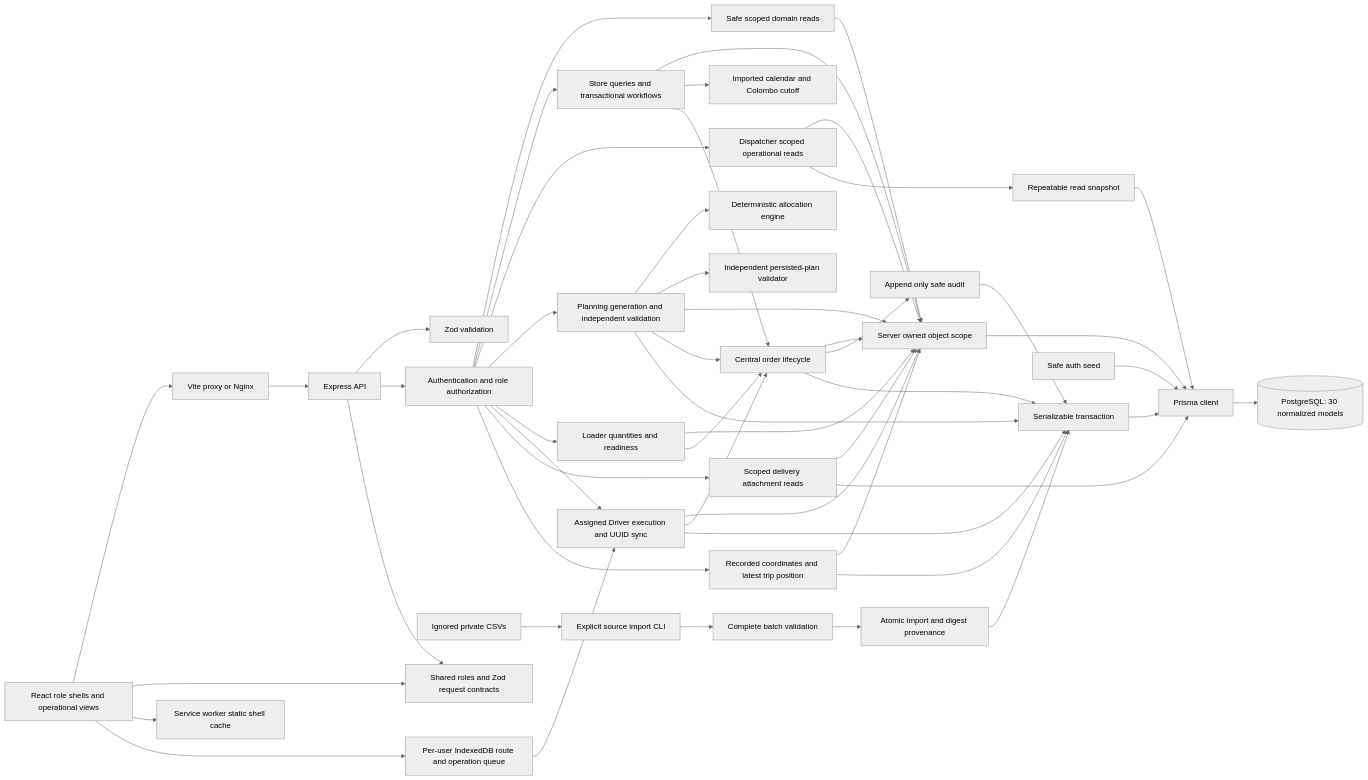
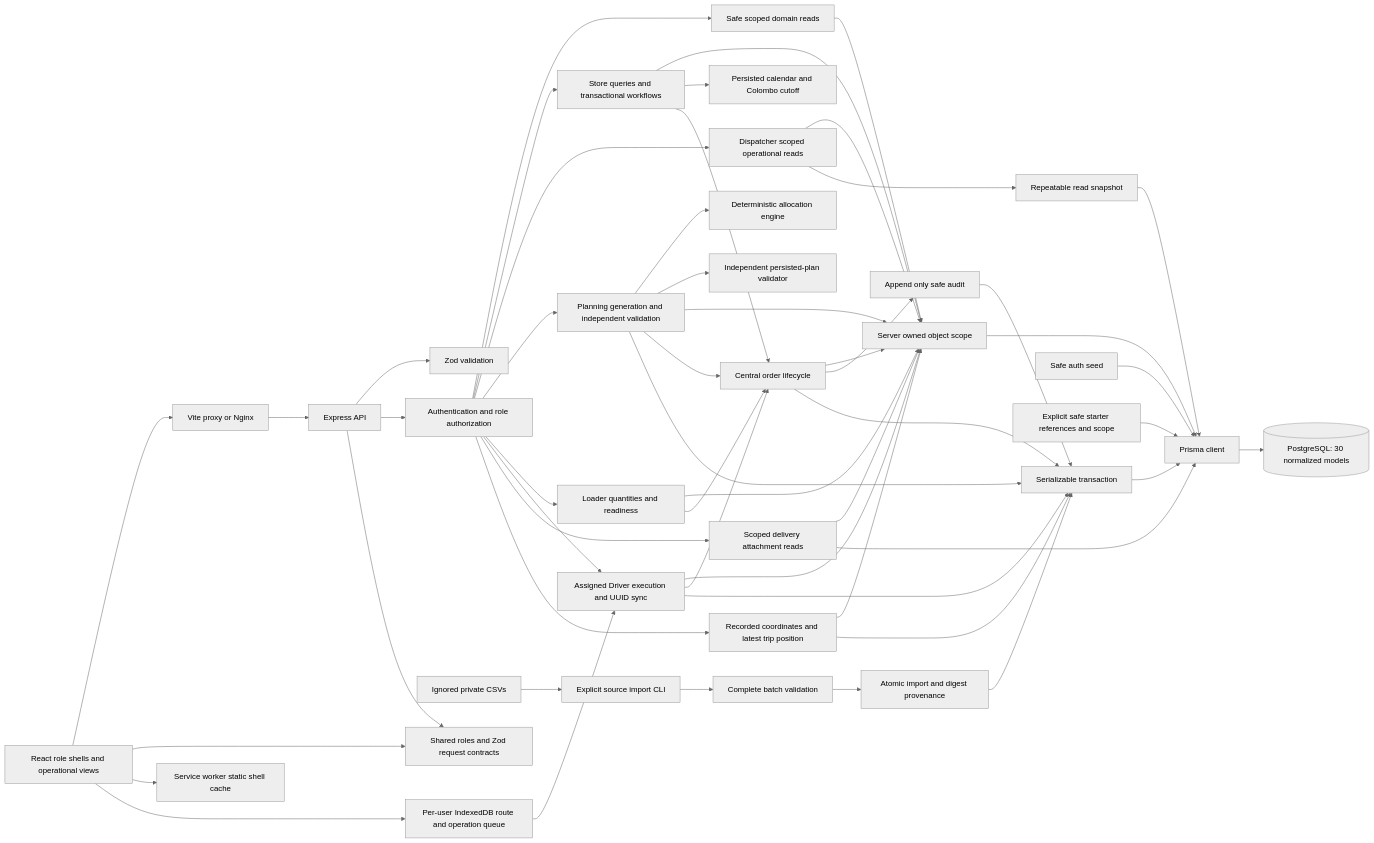
One commit to sameer-jr/CodeCrunchers_WaypointPulse changed the diagram in docs/architecture.md. Above: the diagram before and after it, drawn with Mermaid (neutral theme). The commit also changed other lines of this file and 31 other files, not shown here.

````diff
--- a/docs/architecture.md
+++ b/docs/architecture.md
@@ -5,53 +5,54 @@
 ```mermaid
 flowchart LR
   Browser[React role shells and operational views] --> Proxy[Vite proxy or Nginx]
   Proxy --> API[Express API]
   API --> Validation[Zod validation]
   API --> Auth[Authentication and role authorization]
   Auth --> Reads[Safe scoped domain reads]
   Auth --> Store[Store queries and transactional workflows]
   Auth --> Dispatcher[Dispatcher scoped operational reads]
   Auth --> Planning[Planning generation and independent validation]
   Planning --> Engine[Deterministic allocation engine]
   Planning --> Validator[Independent persisted-plan validator]
   Auth --> Loader[Loader quantities and readiness]
   Auth --> Driver[Assigned Driver execution and UUID sync]
   Auth --> Proof[Scoped delivery attachment reads]
   Auth --> Location[Recorded coordinates and latest trip position]
   Proof --> Scope
   Proof --> Prisma
   Location --> Scope
   Location --> Transaction
   Loader --> Scope
   Loader --> Lifecycle
   Driver --> Scope
   Driver --> Lifecycle
   Driver --> Transaction
   Planning --> Scope
   Planning --> Lifecycle
   Planning --> Transaction
   Reads --> Scope[Server owned object scope]
   Store --> Scope
-  Store --> Calendar[Imported calendar and Colombo cutoff]
+  Store --> Calendar[Persisted calendar and Colombo cutoff]
   Store --> Lifecycle
   Dispatcher --> Scope
   Dispatcher --> Snapshot[Repeatable read snapshot]
   Snapshot --> Prisma
   Lifecycle[Central order lifecycle] --> Scope
   Lifecycle --> Audit[Append only safe audit]
   Lifecycle --> Transaction[Serializable transaction]
   Audit --> Transaction
   Private[Ignored private CSVs] --> CLI[Explicit source import CLI]
   CLI --> Validate[Complete batch validation]
   Validate --> Import[Atomic import and digest provenance]
   Import --> Transaction
   Scope --> Prisma[Prisma client]
   Transaction --> Prisma
   Prisma --> Database[(PostgreSQL: 30 normalized models)]
   Browser --> Shared[Shared roles and Zod request contracts]
   Browser --> ShellCache[Service worker static shell cache]
   Browser --> Device[Per-user IndexedDB route and operation queue]
   Device --> Driver
   API --> Shared
   Seed[Safe auth seed] --> Prisma
+  Starter[Explicit safe starter references and scope] --> Prisma
 ```
````
